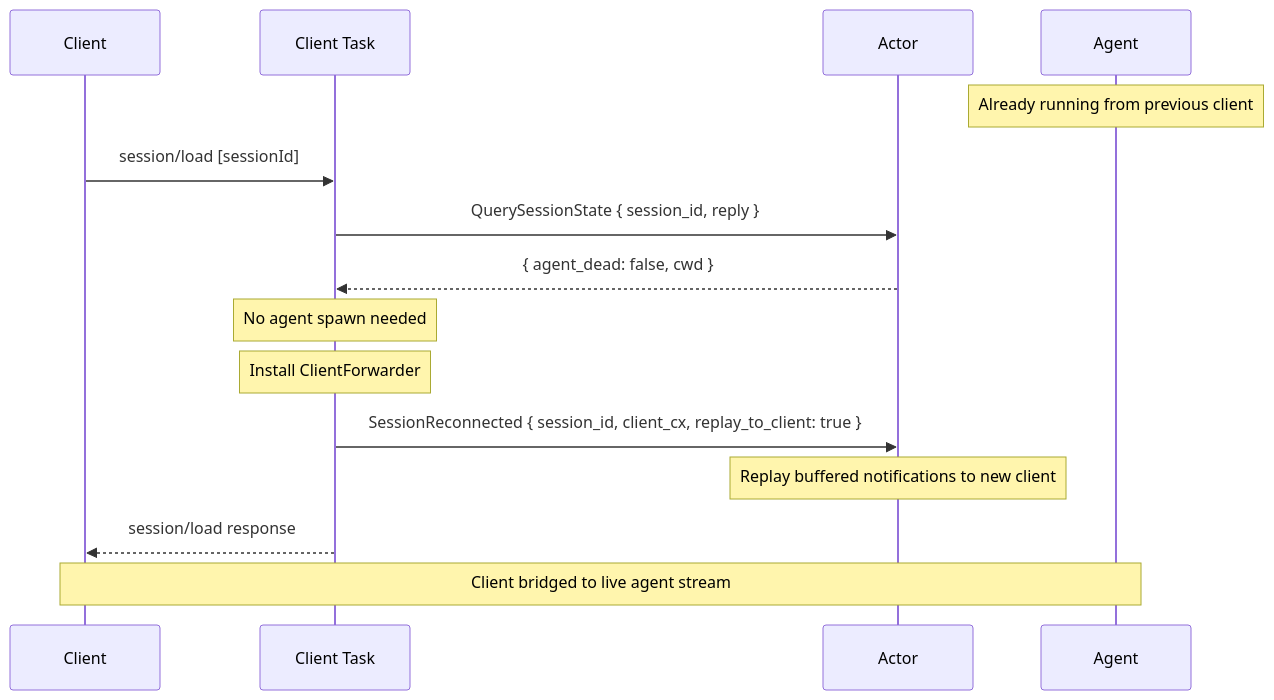
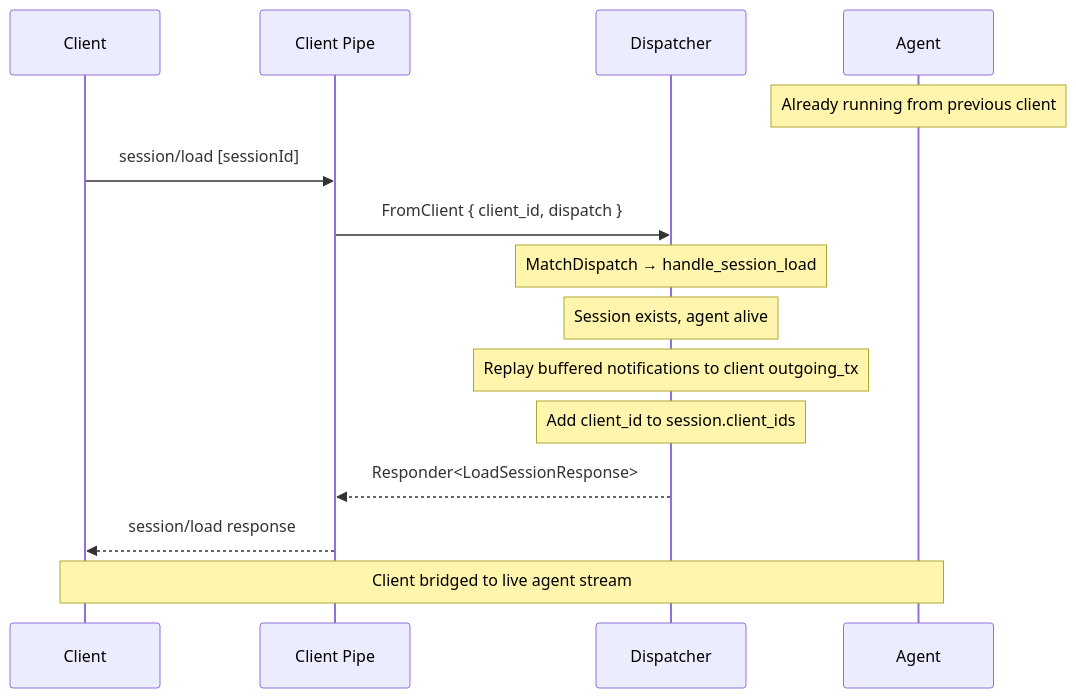
One commit to sparkle-ai-space/jamsession changed the second of 3 diagrams in md/design/flow-reconnect.md. Above: the diagram before and after it, drawn with Mermaid. The commit also changed other lines of this file and 9 other files, not shown here.

First line of the commit message:
docs: rewrite design docs to match dispatcher refactor

````diff
--- a/md/design/flow-reconnect.md
+++ b/md/design/flow-reconnect.md
@@ -41,20 +44,20 @@
 ```mermaid
 sequenceDiagram
     participant C as Client
-    participant CT as Client Task
-    participant A as Actor
+    participant CP as Client Pipe
+    participant D as Dispatcher
     participant Ag as Agent
 
     Note over Ag: Already running from previous client
 
-    C->>CT: session/load [sessionId]
-    CT->>A: QuerySessionState { session_id, reply }
-    A-->>CT: { agent_dead: false, cwd }
-    Note over CT: No agent spawn needed
-    Note over CT: Install ClientForwarder
-    CT->>A: SessionReconnected { session_id, client_cx, replay_to_client: true }
-    Note over A: Replay buffered notifications to new client
-    CT-->>C: session/load response
+    C->>CP: session/load [sessionId]
+    CP->>D: FromClient { client_id, dispatch }
+    Note over D: MatchDispatch → handle_session_load
+    Note over D: Session exists, agent alive
+    Note over D: Replay buffered notifications to client outgoing_tx
+    Note over D: Add client_id to session.client_ids
+    D-->>CP: Responder<LoadSessionResponse>
+    CP-->>C: session/load response
 
     Note over C,Ag: Client bridged to live agent stream
 ```
````
